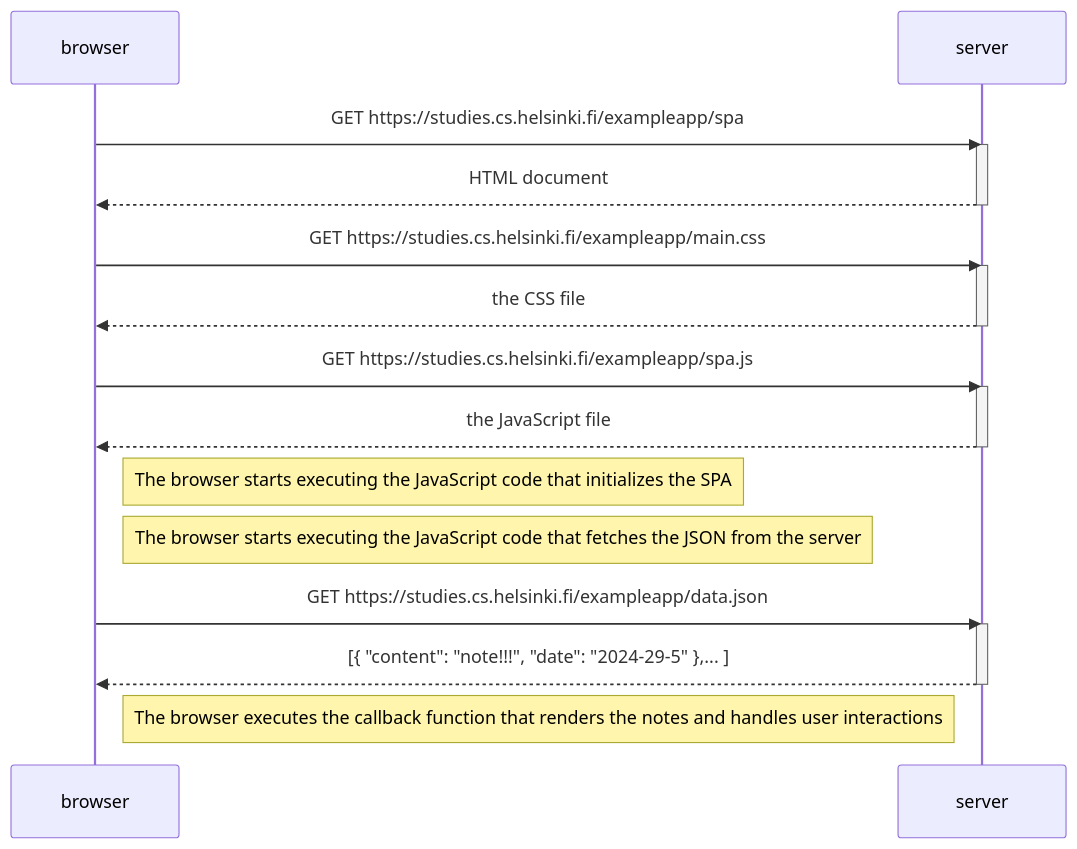
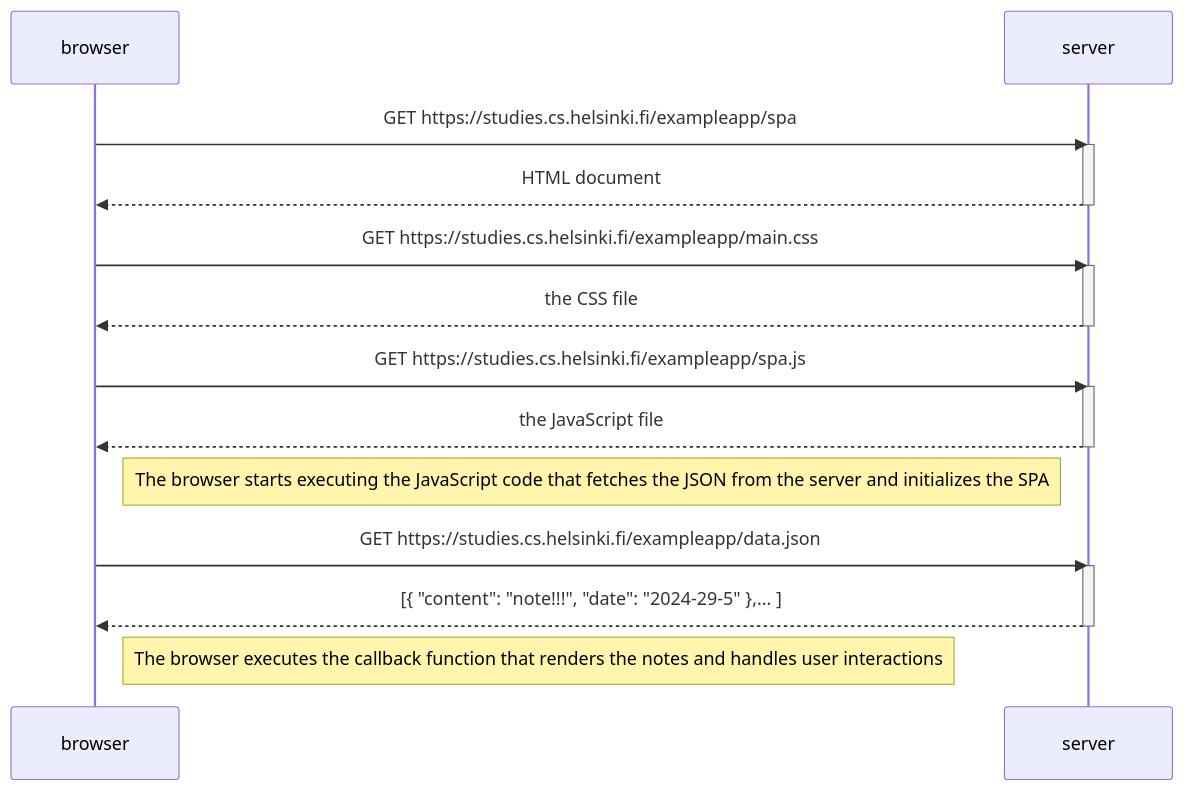
One commit to MonikerPrimus/fullstack changed the diagram in part0/part0-5.md. Above: the diagram before and after it, drawn with Mermaid.

````diff
--- a/part0/part0-5.md
+++ b/part0/part0-5.md
@@ -1,30 +1,29 @@
 ```mermaid
 sequenceDiagram
     participant browser
     participant server
 
     browser->>server: GET https://studies.cs.helsinki.fi/exampleapp/spa
     activate server
     server-->>browser: HTML document
     deactivate server
 
     browser->>server: GET https://studies.cs.helsinki.fi/exampleapp/main.css
     activate server
     server-->>browser: the CSS file
     deactivate server
 
     browser->>server: GET https://studies.cs.helsinki.fi/exampleapp/spa.js
     activate server
     server-->>browser: the JavaScript file
     deactivate server
 
-    Note right of browser: The browser starts executing the JavaScript code that initializes the SPA
+    Note right of browser: The browser starts executing the JavaScript code that fetches the JSON from the server and initializes the SPA
 
-    Note right of browser: The browser starts executing the JavaScript code that fetches the JSON from the server
     browser->>server: GET https://studies.cs.helsinki.fi/exampleapp/data.json
     activate server
     server-->>browser: [{ "content": "note!!!", "date": "2024-29-5" },... ]
     deactivate server
 
     Note right of browser: The browser executes the callback function that renders the notes and handles user interactions
 ```
````
